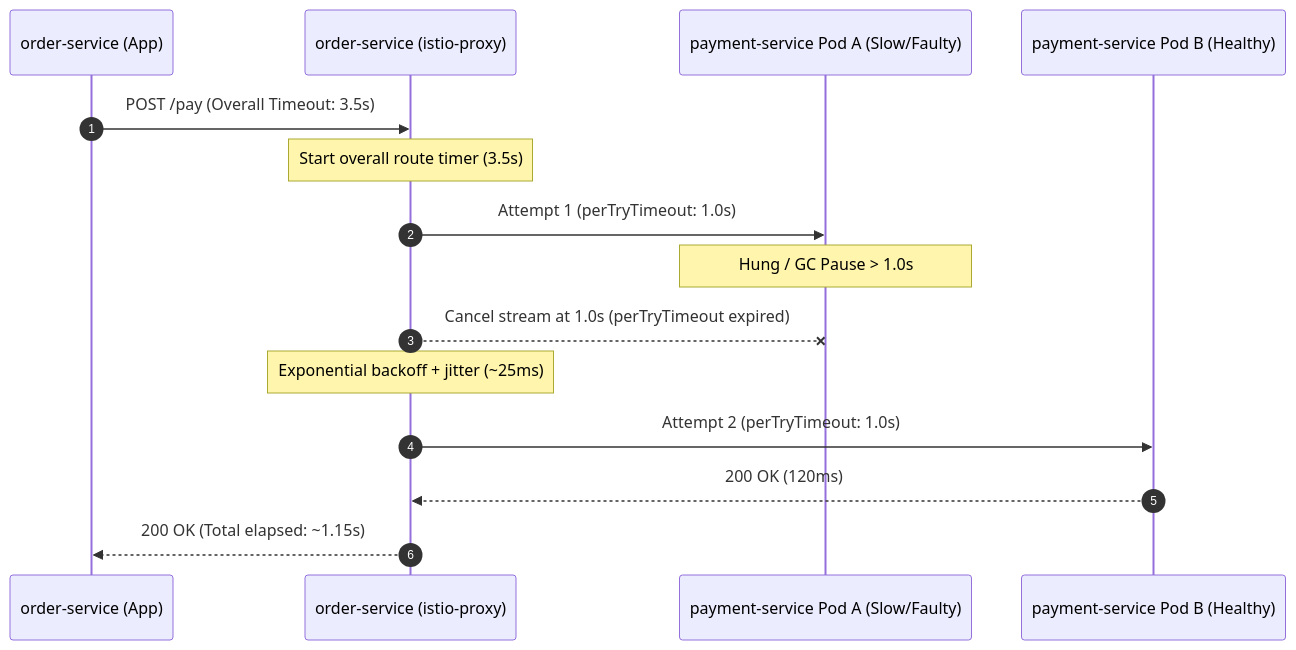
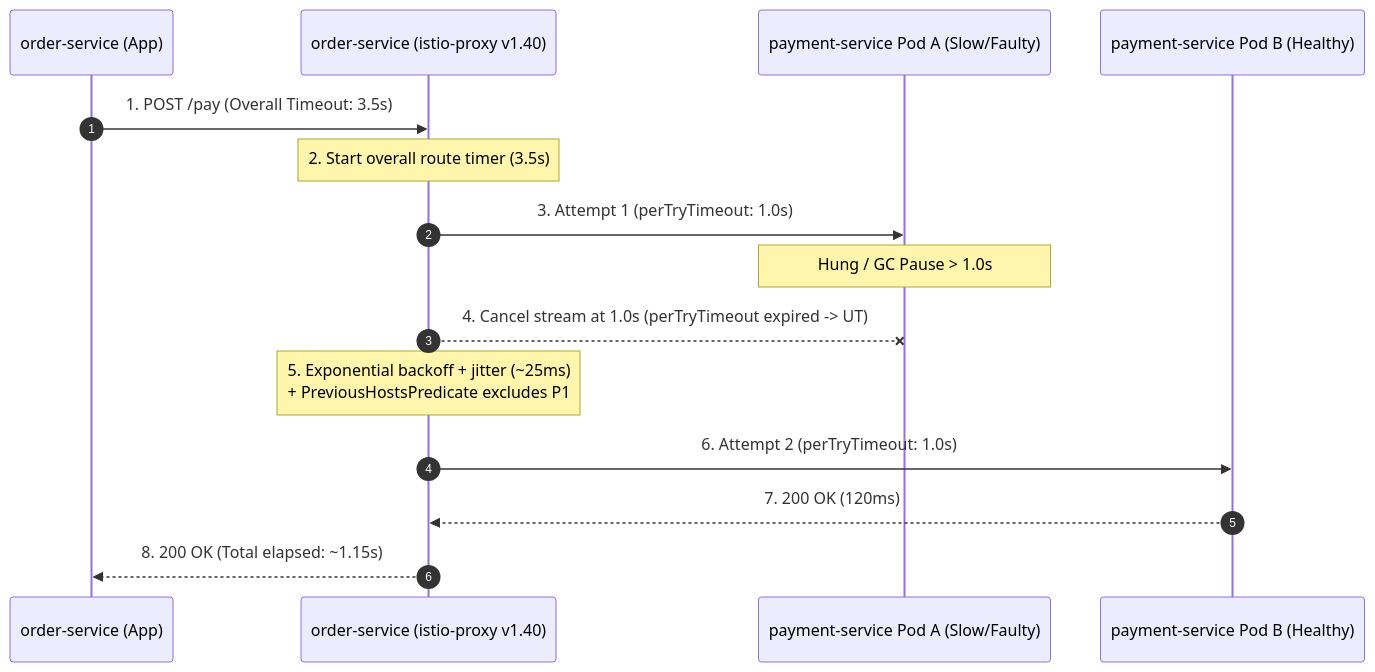
Before and after one commit to chan3845/Istio: the first of 5 diagrams in 05-resilience-and-fault-injection/README.md, drawn with Mermaid. The commit also changed other lines of this file and 56 other files, not shown here.

````diff
--- a/05-resilience-and-fault-injection/README.md
+++ b/05-resilience-and-fault-injection/README.md
@@ -39,18 +41,18 @@
 ```mermaid
 sequenceDiagram
     autonumber
     participant App as order-service (App)
-    participant Sidecar as order-service (istio-proxy)
+    participant Sidecar as order-service (istio-proxy v1.40)
     participant P1 as payment-service Pod A (Slow/Faulty)
     participant P2 as payment-service Pod B (Healthy)
 
-    App->>Sidecar: POST /pay (Overall Timeout: 3.5s)
-    Note over Sidecar: Start overall route timer (3.5s)
-    Sidecar->>P1: Attempt 1 (perTryTimeout: 1.0s)
+    App->>Sidecar: 1. POST /pay (Overall Timeout: 3.5s)
+    Note over Sidecar: 2. Start overall route timer (3.5s)
+    Sidecar->>P1: 3. Attempt 1 (perTryTimeout: 1.0s)
     Note over P1: Hung / GC Pause > 1.0s
-    Sidecar--xP1: Cancel stream at 1.0s (perTryTimeout expired)
-    Note over Sidecar: Exponential backoff + jitter (~25ms)
-    Sidecar->>P2: Attempt 2 (perTryTimeout: 1.0s)
-    P2-->>Sidecar: 200 OK (120ms)
-    Sidecar-->>App: 200 OK (Total elapsed: ~1.15s)
+    Sidecar--xP1: 4. Cancel stream at 1.0s (perTryTimeout expired -> UT)
+    Note over Sidecar: 5. Exponential backoff + jitter (~25ms)<br/>+ PreviousHostsPredicate excludes P1
+    Sidecar->>P2: 6. Attempt 2 (perTryTimeout: 1.0s)
+    P2-->>Sidecar: 7. 200 OK (120ms)
+    Sidecar-->>App: 8. 200 OK (Total elapsed: ~1.15s)
 ```
````
